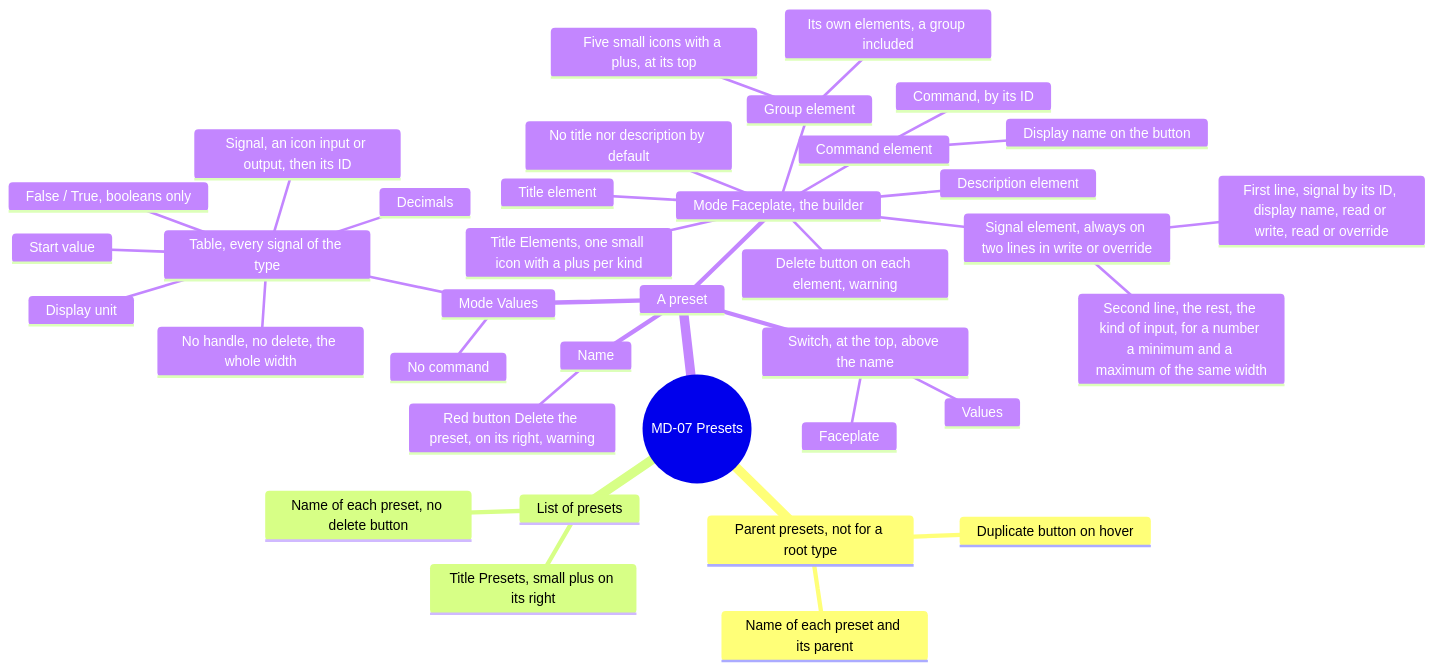
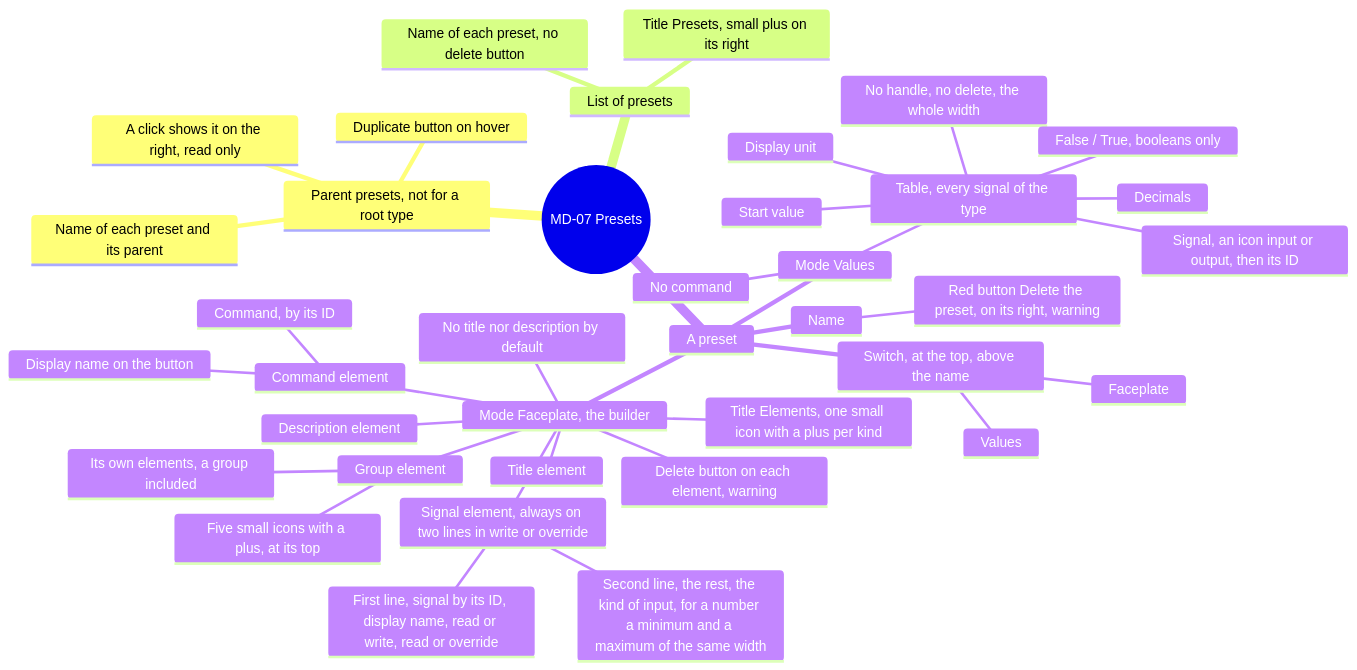
Diagram 12 of 16 in screens/metadata.md (AlexandreGallais/synoptic-studio-spec), drawn with Mermaid before and after one commit. The commit also changed other lines of this file and 12 other files, not shown here.

First line of the commit message:
docs(metadata): show a parent preset read only and number its copy

````diff
--- a/screens/metadata.md
+++ b/screens/metadata.md
@@ -370,40 +370,41 @@
 ```mermaid
 mindmap
   root((MD-07 Presets))
     Parent presets, not for a root type
       Name of each preset and its parent
       Duplicate button on hover
+      A click shows it on the right, read only
     List of presets
       Title Presets, small plus on its right
       Name of each preset, no delete button
     A preset
       Switch, at the top, above the name
         Values
         Faceplate
       Name
         Red button Delete the preset, on its right, warning
       Mode Values
         Table, every signal of the type
           No handle, no delete, the whole width
           Signal, an icon input or output, then its ID
           Display unit
           Decimals
           False / True, booleans only
           Start value
         No command
       Mode Faceplate, the builder
         No title nor description by default
         Title Elements, one small icon with a plus per kind
         Signal element, always on two lines in write or override
           First line, signal by its ID, display name, read or write, read or override
           Second line, the rest, the kind of input, for a number a minimum and a maximum of the same width
         Command element
           Command, by its ID
           Display name on the button
         Title element
         Description element
         Group element
           Five small icons with a plus, at its top
           Its own elements, a group included
         Delete button on each element, warning
 ```
````
